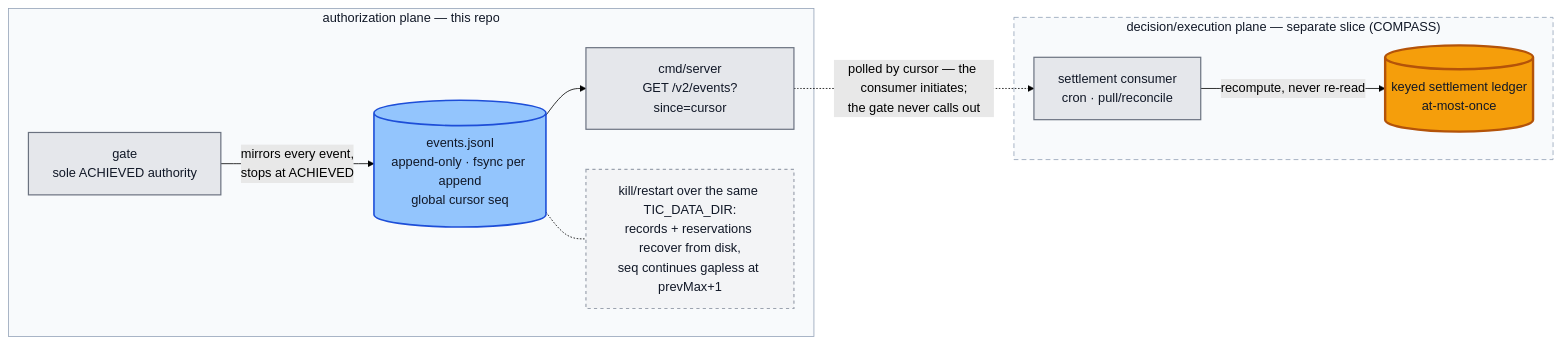
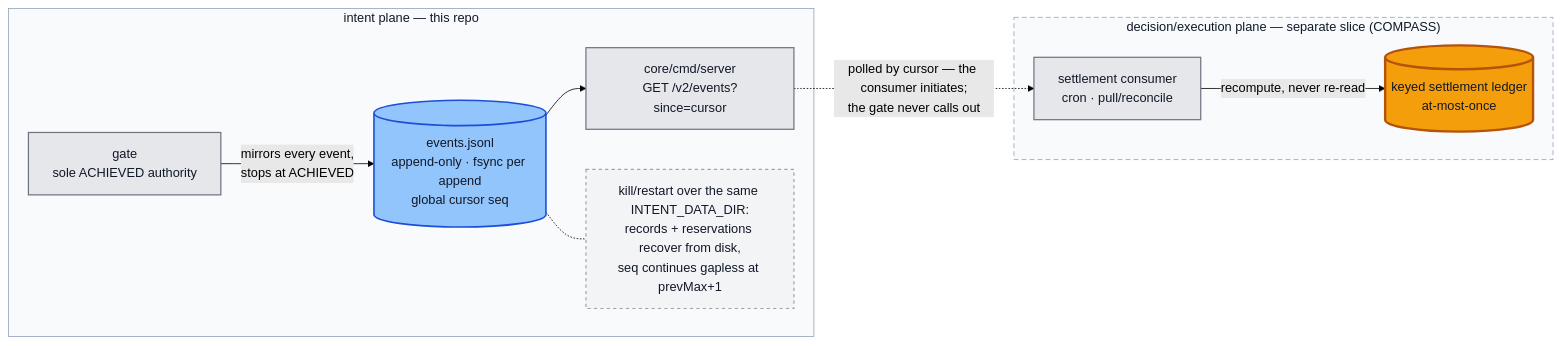
Before and after one commit to hossainpazooki/intent-plane: the second of 2 diagrams in README.md, drawn with Mermaid (forest theme). The commit also changed other lines of this file and 1 other file, not shown here.

Commit message:
docs: plane-first README + treasury demonstration narrative

````diff
--- a/README.md
+++ b/README.md
@@ -87,23 +95,23 @@
 ```mermaid
 flowchart LR
-    subgraph TIC["authorization plane — this repo"]
+    subgraph TIC["intent plane — this repo"]
         G["gate<br/>sole ACHIEVED authority"] -->|"mirrors every event,<br/>stops at ACHIEVED"| FEED[("events.jsonl<br/>append-only · fsync per append<br/>global cursor seq")]
-        FEED --> API["cmd/server<br/>GET /v2/events?since=cursor"]
-        FEED -.- NOTE["kill/restart over the same TIC_DATA_DIR:<br/>records + reservations recover from disk,<br/>seq continues gapless at prevMax+1"]
+        FEED --> API["core/cmd/server<br/>GET /v2/events?since=cursor"]
+        FEED -.- NOTE["kill/restart over the same INTENT_DATA_DIR:<br/>records + reservations recover from disk,<br/>seq continues gapless at prevMax+1"]
     end
     subgraph EXT["decision/execution plane — separate slice (COMPASS)"]
         C["settlement consumer<br/>cron · pull/reconcile"] -->|recompute, never re-read| LED[("keyed settlement ledger<br/>at-most-once")]
     end
     API -.->|"polled by cursor — the consumer initiates;<br/>the gate never calls out"| C
 
     classDef neutral fill:#e5e7eb,stroke:#6b7280,stroke-width:1.5px,color:#111827;
     classDef durable fill:#93c5fd,stroke:#1d4ed8,stroke-width:2px,color:#111827;
     classDef idem fill:#f59e0b,stroke:#b45309,stroke-width:3px,color:#111827;
     classDef note fill:#f3f4f6,stroke:#9ca3af,stroke-width:1.5px,stroke-dasharray:4 4,color:#111827;
     class G,API,C neutral;
     class FEED durable;
     class LED idem;
     class NOTE note;
     style TIC fill:#f8fafc,stroke:#94a3b8,color:#111827;
     style EXT fill:#f8fafc,stroke:#94a3b8,stroke-dasharray:6 4,color:#111827;
 ```
````
